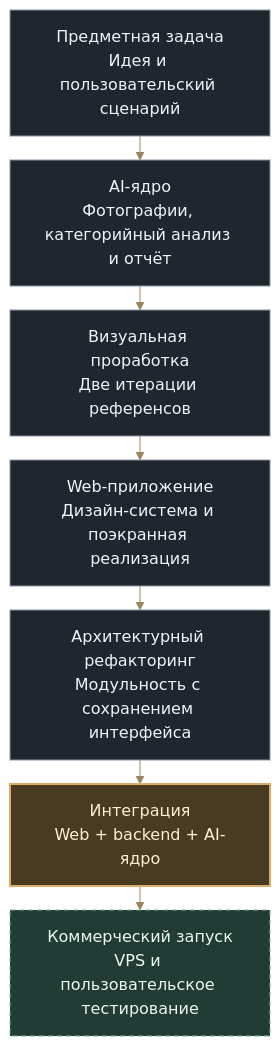
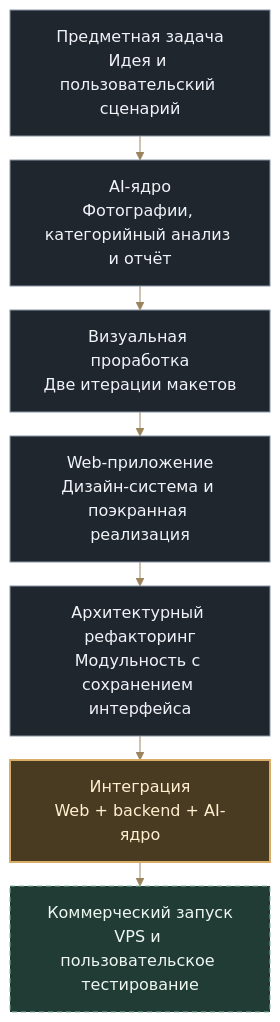
Before and after one commit to Vkuvalin/antique-attribution-ai-public: the fourth of 4 diagrams in PRESENTATION.md, drawn with Mermaid. The commit also changed other lines of this file, not shown here.

````diff
--- a/PRESENTATION.md
+++ b/PRESENTATION.md
@@ -234,30 +234,30 @@
 ```mermaid
 ---
 config:
   theme: base
   themeVariables:
     fontFamily: Arial, sans-serif
     fontSize: 16px
     lineColor: "#9b835b"
     edgeLabelBackground: "#f5f0e7"
   flowchart:
     nodeSpacing: 24
     rankSpacing: 24
     curve: basis
 ---
 flowchart TB
     A["Предметная задача<br/>Идея и пользовательский сценарий"]
     B["AI-ядро<br/>Фотографии, категорийный анализ и отчёт"]
-    C["Визуальная проработка<br/>Две итерации референсов"]
+    C["Визуальная проработка<br/>Две итерации макетов"]
     D["Web-приложение<br/>Дизайн-система и поэкранная реализация"]
     E["Архитектурный рефакторинг<br/>Модульность с сохранением интерфейса"]
     F["Интеграция<br/>Web + backend + AI-ядро"]
     G["Коммерческий запуск<br/>VPS и пользовательское тестирование"]
     A --> B --> C --> D --> E --> F --> G
     classDef done fill:#20262e,stroke:#8996a7,color:#f0f3f7;
     classDef current fill:#493a22,stroke:#d8ad67,color:#fff0cf,stroke-width:2px;
     classDef next fill:#213b35,stroke:#82b6a2,color:#eef7f1,stroke-dasharray:5 4;
     class A,B,C,D,E done;
     class F current;
     class G next;
 ```
````
